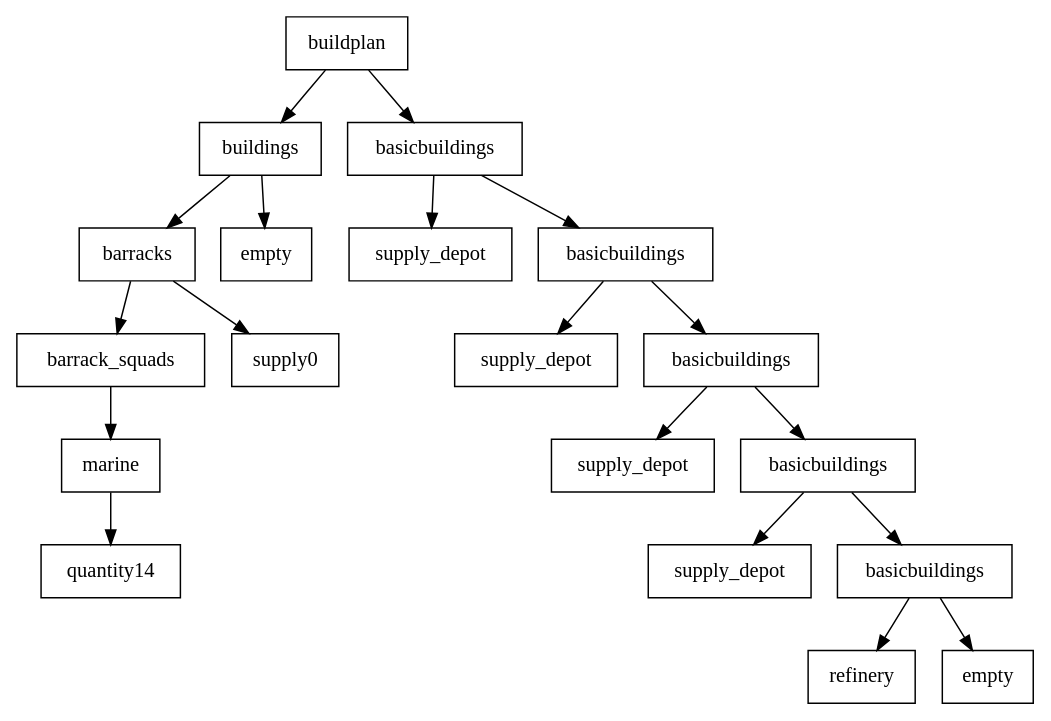
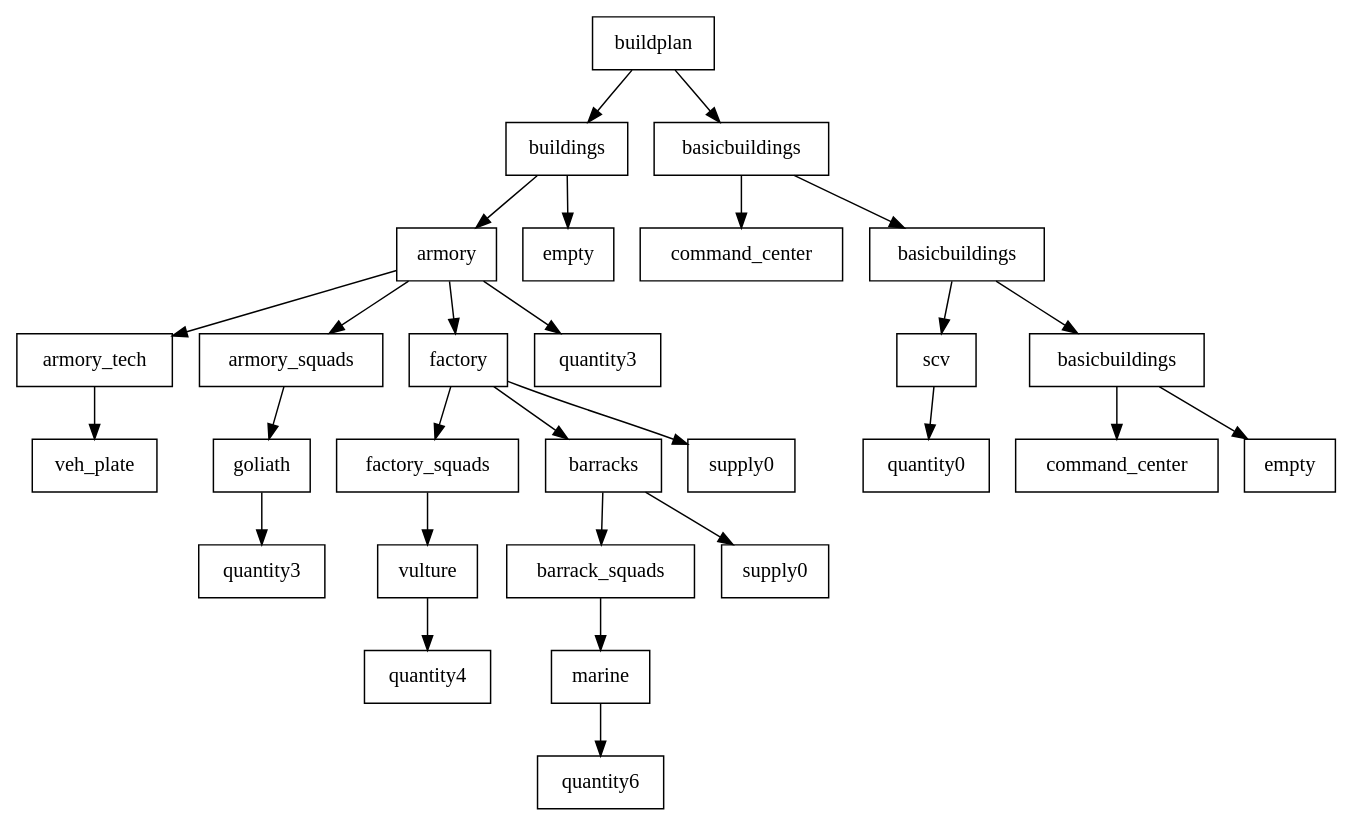
Before and after one commit to cryogenic-dreams/StarCraft-GPBot: the diagram in GPBot/file.dot, drawn with Graphviz. The commit also changed 5 other files, not shown here.

```diff
--- a/GPBot/file.dot
+++ b/GPBot/file.dot
@@ -1,41 +1,59 @@
 digraph g {
 graph [ordering=out];
 node [shape=rectangle];
 n[label = "buildplan"];
 n0[label = "buildings"];
-n00[label = "barracks"];
-n000[label = "barrack_squads"];
-n0000[label = "marine"];
-n00000[label = "quantity14"];
-n0000 -> n00000;
+n00[label = "armory"];
+n000[label = "armory_tech"];
+n0000[label = "veh_plate"];
 n000 -> n0000;
 n00 -> n000;
-n001[label = "supply0"];
+n001[label = "armory_squads"];
+n0010[label = "goliath"];
+n00100[label = "quantity3"];
+n0010 -> n00100;
+n001 -> n0010;
 n00 -> n001;
+n002[label = "factory"];
+n0020[label = "factory_squads"];
+n00200[label = "vulture"];
+n002000[label = "quantity4"];
+n00200 -> n002000;
+n0020 -> n00200;
+n002 -> n0020;
+n0021[label = "barracks"];
+n00210[label = "barrack_squads"];
+n002100[label = "marine"];
+n0021000[label = "quantity6"];
+n002100 -> n0021000;
+n00210 -> n002100;
+n0021 -> n00210;
+n00211[label = "supply0"];
+n0021 -> n00211;
+n002 -> n0021;
+n0022[label = "supply0"];
+n002 -> n0022;
+n00 -> n002;
+n003[label = "quantity3"];
+n00 -> n003;
 n0 -> n00;
 n01[label = "empty"];
 n0 -> n01;
 n -> n0;
 n1[label = "basicbuildings"];
-n10[label = "supply_depot"];
+n10[label = "command_center"];
 n1 -> n10;
 n11[label = "basicbuildings"];
-n110[label = "supply_depot"];
+n110[label = "scv"];
+n1100[label = "quantity0"];
+n110 -> n1100;
 n11 -> n110;
 n111[label = "basicbuildings"];
-n1110[label = "supply_depot"];
+n1110[label = "command_center"];
 n111 -> n1110;
-n1111[label = "basicbuildings"];
-n11110[label = "supply_depot"];
-n1111 -> n11110;
-n11111[label = "basicbuildings"];
-n111110[label = "refinery"];
-n11111 -> n111110;
-n111111[label = "empty"];
-n11111 -> n111111;
-n1111 -> n11111;
+n1111[label = "empty"];
 n111 -> n1111;
 n11 -> n111;
 n1 -> n11;
 n -> n1;
 }
```
